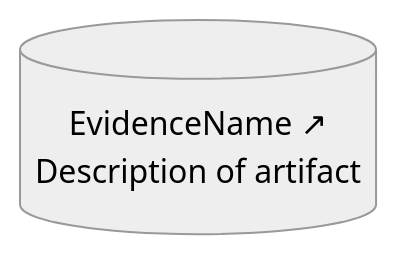
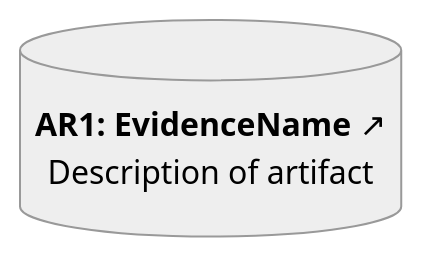
One commit to coreinfrastructure/best-practices-badge changed the first of 20 diagrams in docs/sacm-mermaid.md. Above: the diagram before and after it, drawn with Mermaid. The commit also changed other lines of this file, not shown here.

````diff
--- a/docs/sacm-mermaid.md
+++ b/docs/sacm-mermaid.md
@@ -200,14 +205,14 @@
 ```mermaid
 ---
 config:
   theme: neutral
   flowchart:
     curve: linear
     htmlLabels: true
     rankSpacing: 60
     nodeSpacing: 45
     padding: 15
 ---
 flowchart BT
-    AR1[("EvidenceName ↗<br/>Description of artifact")]
+    AR1[("<b>AR1: EvidenceName</b> ↗<br>Description of artifact")]
 ```
````
